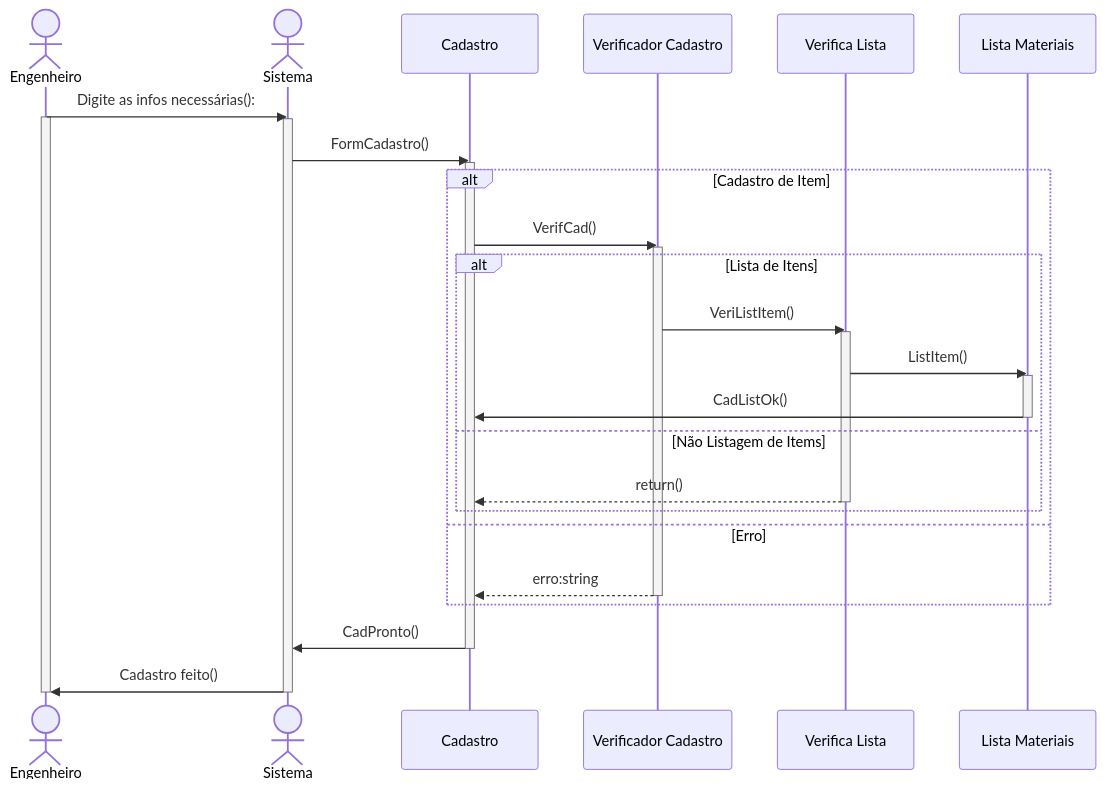
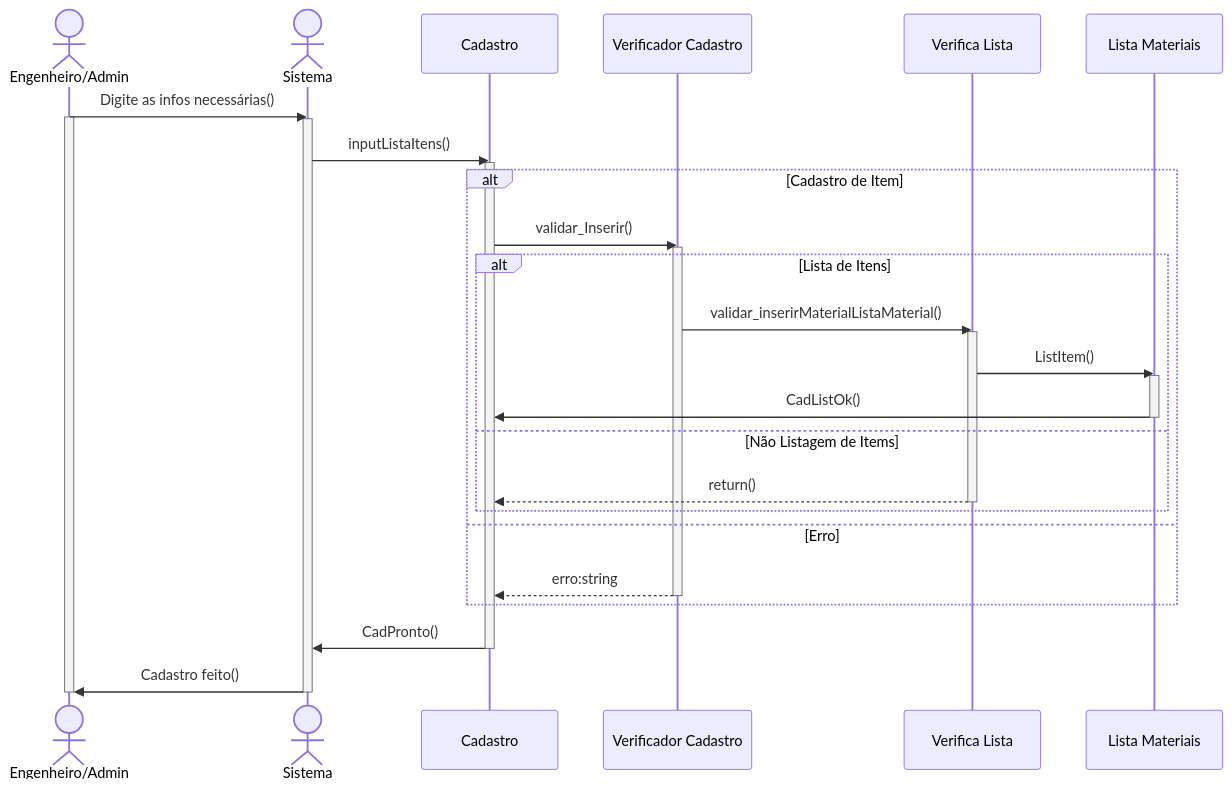
Before and after one commit to branqsMRP/SequenceDiagram: the diagram in DiagramaSequencia/Item/NovoItem.md, drawn with Mermaid. The commit also changed 4 other files, not shown here.

````diff
--- a/DiagramaSequencia/Item/NovoItem.md
+++ b/DiagramaSequencia/Item/NovoItem.md
@@ -1,49 +1,49 @@
 ```mermaid
 sequenceDiagram 
     % diagrama da tela de novo Item
 
-    actor Engenheiro
+    actor Engenheiro/Admin
     actor Sistema
     participant C as Cadastro
     participant VC as Verificador Cadastro
     participant VL as Verifica Lista
     participant LM as Lista Materiais
 
 
-    Engenheiro->>Sistema: Digite as infos necessárias():
-    activate Engenheiro
+    Engenheiro/Admin->>Sistema: Digite as infos necessárias()
+    activate Engenheiro/Admin
     activate Sistema
-    Sistema->>C: FormCadastro()
+    Sistema->>C: inputListaItens()
     activate C
     % alterar essa parte pós desenvolvimento do diagrama de classes para colocar o comando padrão que aparece no diagrama.
 
     alt Cadastro de Item
-        C->>VC: VerifCad()
+        C->>VC: validar_Inserir()
         % alterar essa parte pós desenvolvimento do diagrama de classes para colocar o comando padrão que aparece no diagrama.
         activate VC
             alt Lista de Itens
-            VC->>VL: VeriListItem()
+            VC->>VL: validar_inserirMaterialListaMaterial()
                     % alterar essa parte pós desenvolvimento do diagrama de classes para colocar o comando padrão que aparece no diagrama.
             activate VL
             VL->>LM: ListItem()
                     % alterar essa parte pós desenvolvimento do diagrama de classes para colocar o comando padrão que aparece no diagrama.
             activate LM
             LM->>C: CadListOk()
                     % alterar essa parte pós desenvolvimento do diagrama de classes para colocar o comando padrão que aparece no diagrama.
             deactivate LM
             else Não Listagem de Items
             VL-->>C: return()
             deactivate VL
             end
     else Erro
         VC-->>C: erro:string
         deactivate VC
     end
 
     C->>Sistema: CadPronto()
     deactivate C
-    Sistema->>Engenheiro: Cadastro feito()
+    Sistema->>Engenheiro/Admin: Cadastro feito()
     deactivate Sistema
-    deactivate Engenheiro
+    deactivate Engenheiro/Admin
 
 ``` 
````
